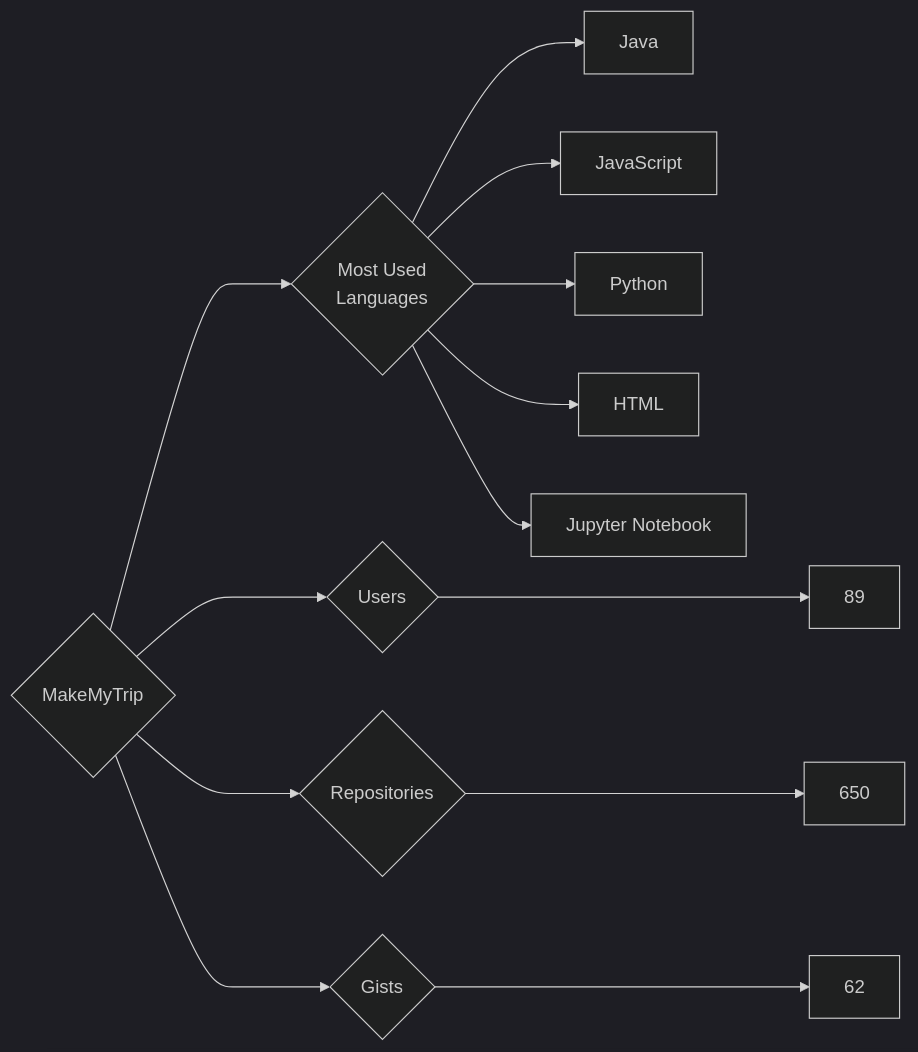
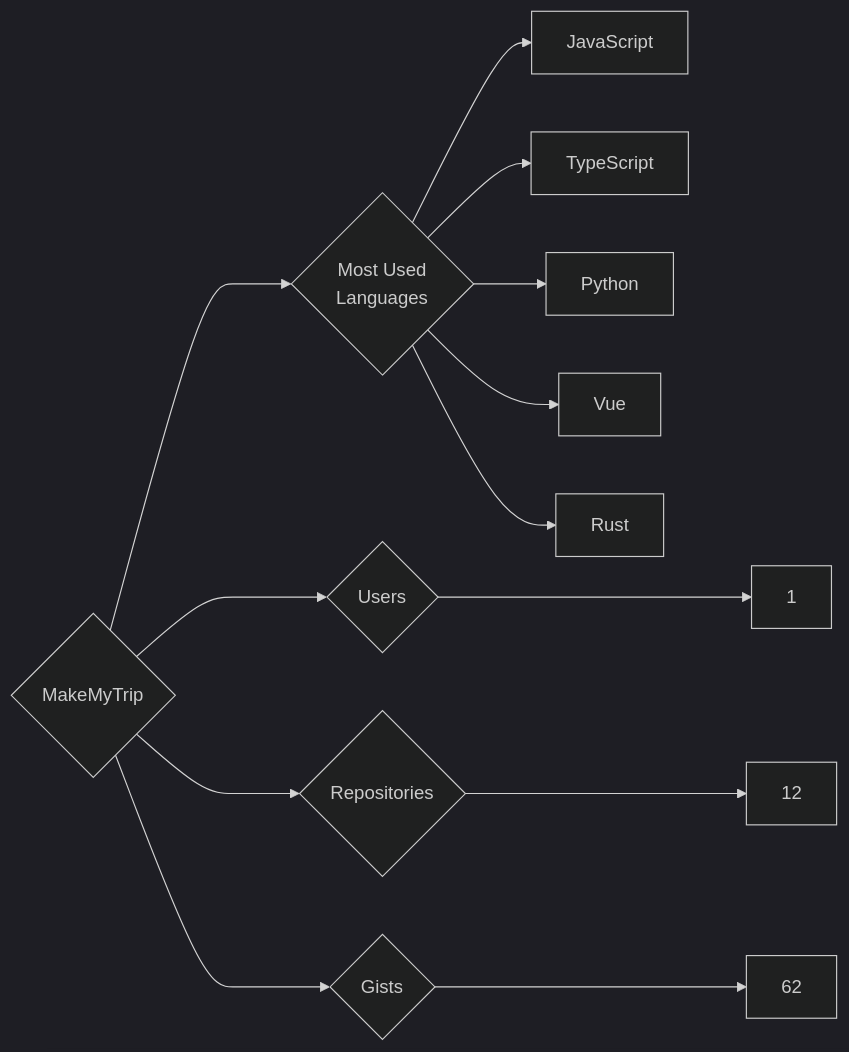
The diagram in targets/MakeMyTrip/README.md (trickest/insiders), drawn with Mermaid (dark theme) before and after one commit. The commit also changed 871 other files, not shown here.

````diff
--- a/targets/MakeMyTrip/README.md
+++ b/targets/MakeMyTrip/README.md
@@ -3,13 +3,13 @@
 ```mermaid
 graph LR
 COMPANY_NAME{MakeMyTrip}
-COMPANY_NAME ---> U{Users} ---> UN[89]
-COMPANY_NAME ---> R{Repositories} ---> RN[650]
+COMPANY_NAME ---> U{Users} ---> UN[1]
+COMPANY_NAME ---> R{Repositories} ---> RN[12]
 COMPANY_NAME ---> G{Gists} ---> GN[62]
 COMPANY_NAME ---> ML{Most Used<br>Languages}
-ML --> Java[Java]
 ML --> JavaScript[JavaScript]
+ML --> TypeScript[TypeScript]
 ML --> Python[Python]
-ML --> HTML[HTML]
-ML --> Jupyter_Notebook[Jupyter Notebook]
+ML --> Vue[Vue]
+ML --> Rust[Rust]
 ```
````
